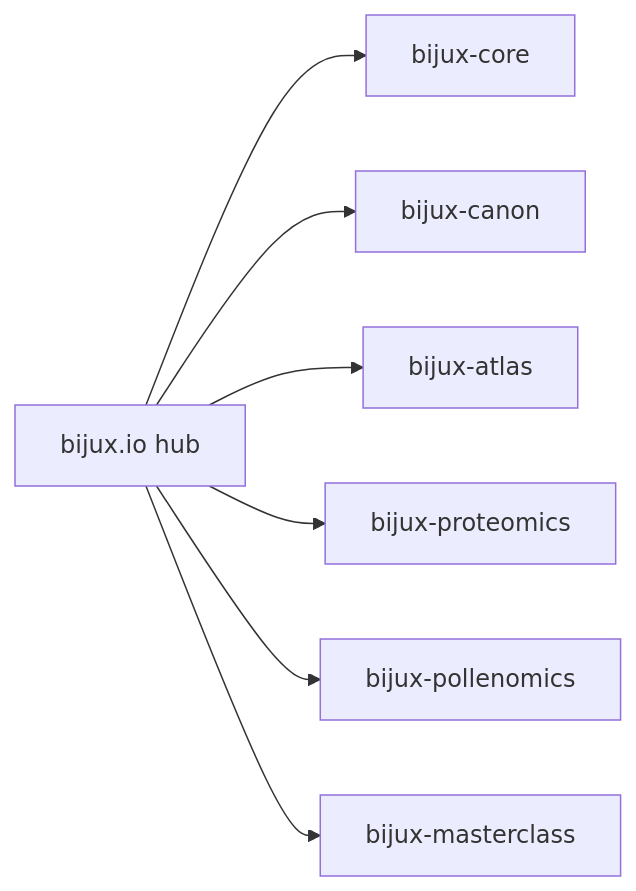
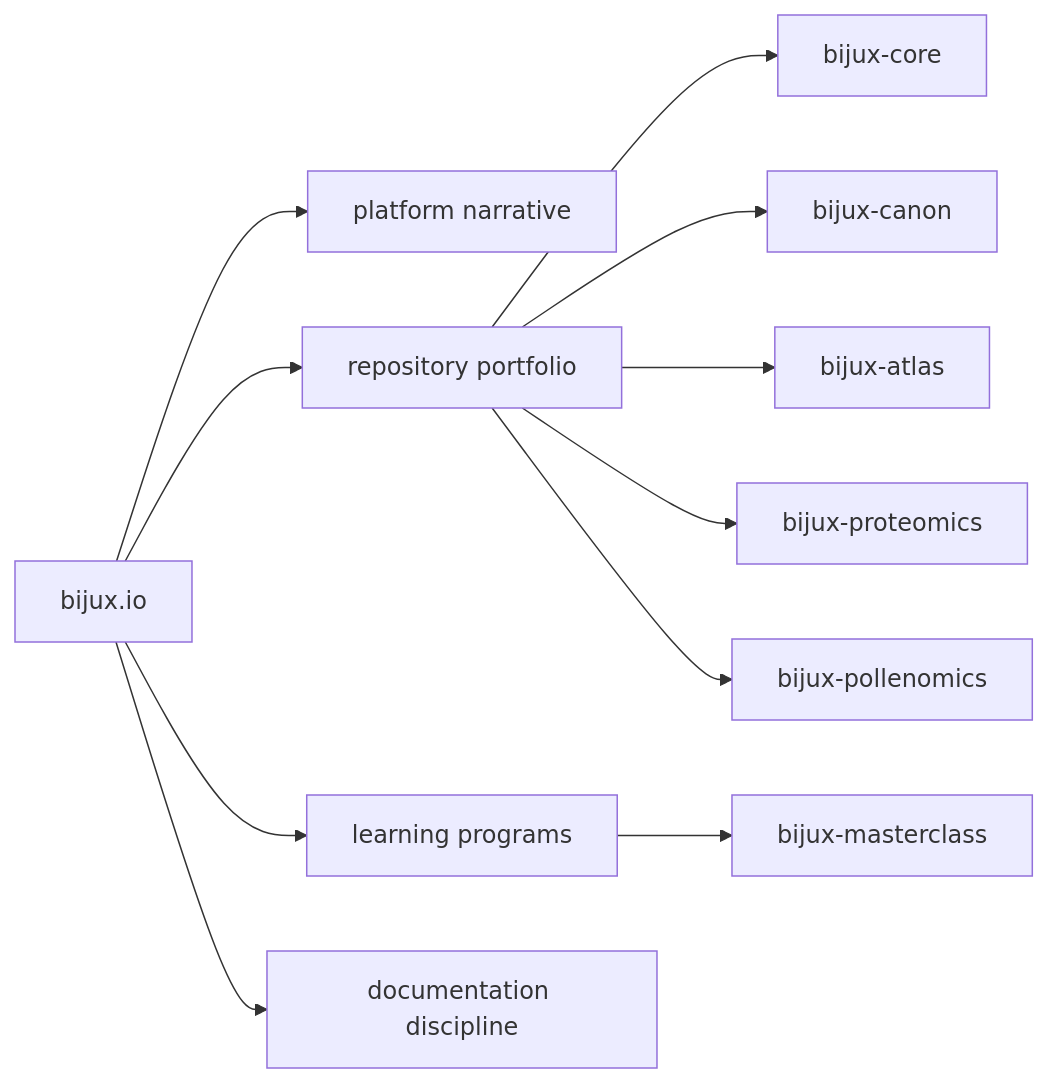
Before and after one commit to bijux/bijux.github.io: the diagram in docs/index.md, drawn with Mermaid. The commit also changed other lines of this file, not shown here.

Commit message:
feat(docs): strengthen hub landing narrative

````diff
--- a/docs/index.md
+++ b/docs/index.md
@@ -36,16 +56,24 @@
 ```mermaid
 flowchart LR
-    hub["bijux.io hub"]
+    hub["bijux.io"]
+    platform["platform narrative"]
+    projects["repository portfolio"]
+    learning["learning programs"]
+    stewardship["documentation discipline"]
     core["bijux-core"]
     canon["bijux-canon"]
     atlas["bijux-atlas"]
     proteomics["bijux-proteomics"]
     pollenomics["bijux-pollenomics"]
     masterclass["bijux-masterclass"]
-    hub --> core
-    hub --> canon
-    hub --> atlas
-    hub --> proteomics
-    hub --> pollenomics
-    hub --> masterclass
+    hub --> platform
+    hub --> projects
+    hub --> learning
+    hub --> stewardship
+    projects --> core
+    projects --> canon
+    projects --> atlas
+    projects --> proteomics
+    projects --> pollenomics
+    learning --> masterclass
 ```
````
